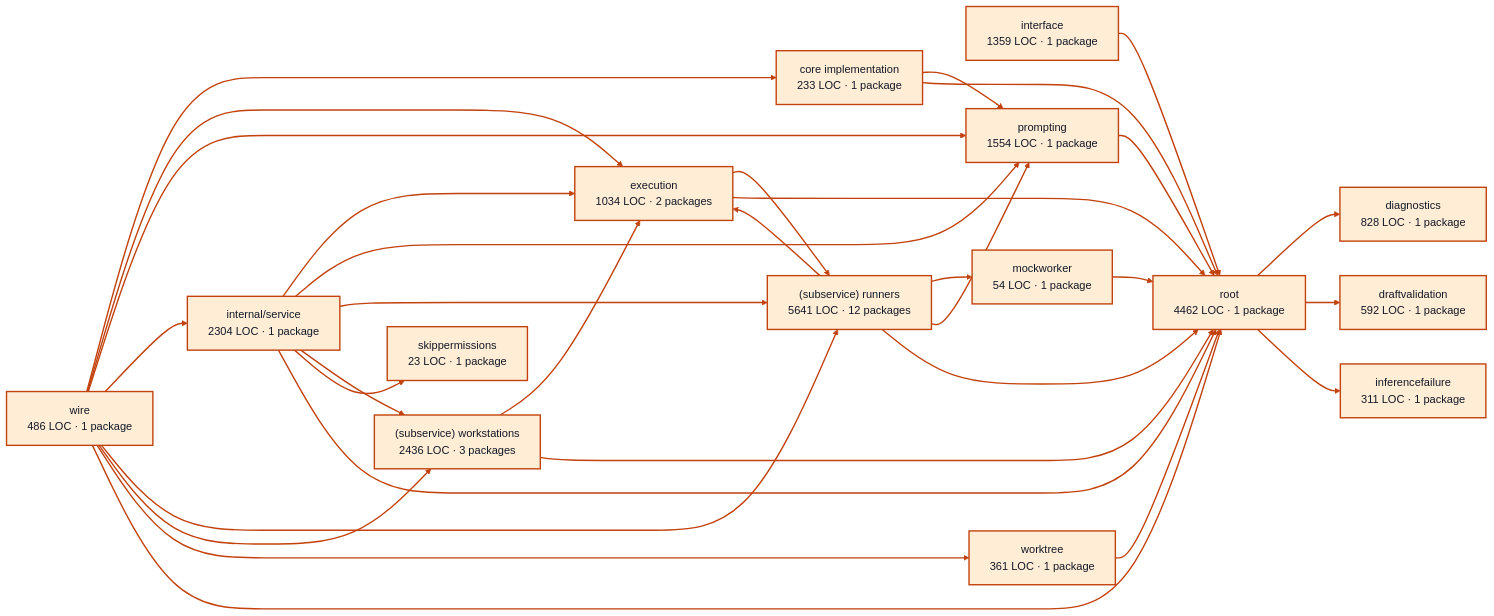
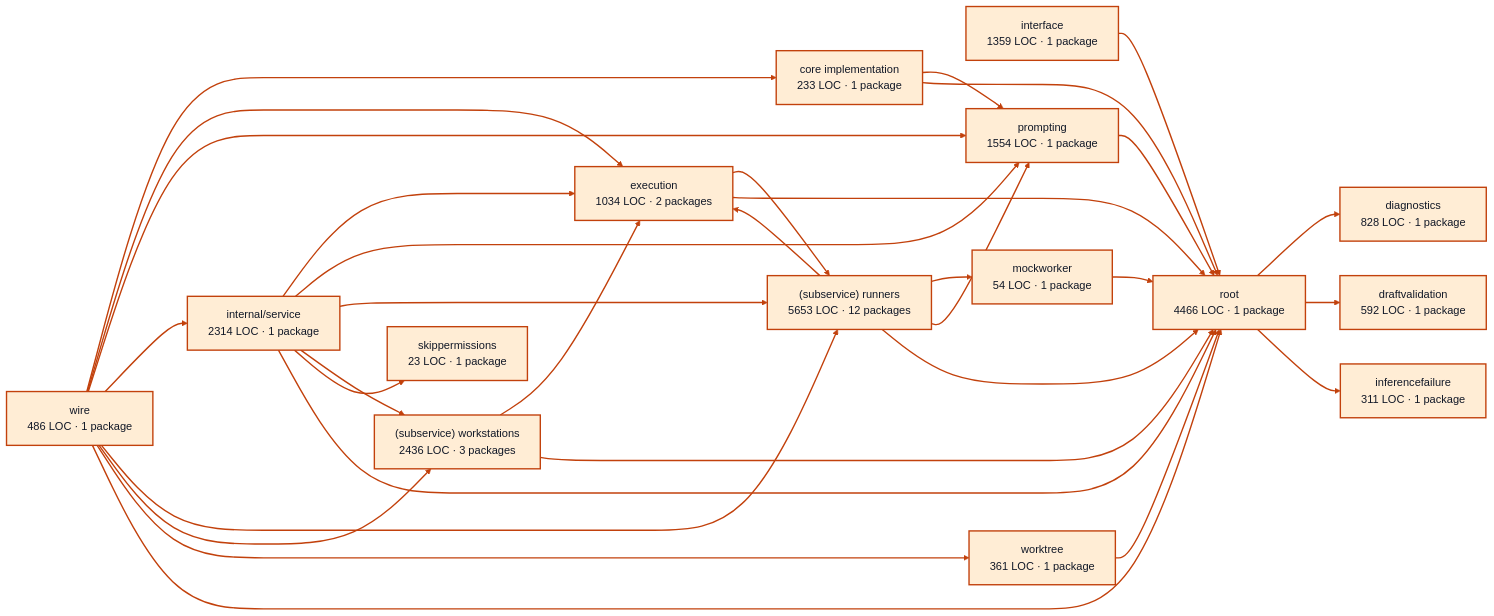
One commit to portpowered/you-agent-factory changed the diagram in docs/architecture/visualizations/services/workers.md. Above: the diagram before and after it, drawn with Mermaid (neutral theme). The commit also changed other lines of this file and 20 other files, not shown here.

Commit message:
docs: refresh backend architecture visualizations

````diff
--- a/docs/architecture/visualizations/services/workers.md
+++ b/docs/architecture/visualizations/services/workers.md
@@ -11,65 +11,65 @@
 ```mermaid
 flowchart LR
   p0["core implementation<br/>233 LOC · 1 package"]
   p1["diagnostics<br/>828 LOC · 1 package"]
   p2["draftvalidation<br/>592 LOC · 1 package"]
   p3["execution<br/>1034 LOC · 2 packages"]
   p4["inferencefailure<br/>311 LOC · 1 package"]
   p5["interface<br/>1359 LOC · 1 package"]
   p6["mockworker<br/>54 LOC · 1 package"]
   p7["prompting<br/>1554 LOC · 1 package"]
-  p8["internal/service<br/>2304 LOC · 1 package"]
-  p9["(subservice) runners<br/>5641 LOC · 12 packages"]
+  p8["internal/service<br/>2314 LOC · 1 package"]
+  p9["(subservice) runners<br/>5653 LOC · 12 packages"]
   p10["(subservice) workstations<br/>2436 LOC · 3 packages"]
   p11["skippermissions<br/>23 LOC · 1 package"]
   p12["worktree<br/>361 LOC · 1 package"]
-  p13["root<br/>4462 LOC · 1 package"]
+  p13["root<br/>4466 LOC · 1 package"]
   p14["wire<br/>486 LOC · 1 package"]
   p0 --> p7
   p0 --> p13
   p3 --> p9
   p3 --> p13
   p5 --> p13
   p6 --> p13
   p7 --> p13
   p8 --> p3
   p8 --> p7
   p8 --> p9
   p8 --> p10
   p8 --> p11
   p8 --> p13
   p9 --> p3
   p9 --> p6
   p9 --> p7
   p9 --> p13
   p10 --> p3
   p10 --> p13
   p12 --> p13
   p13 --> p1
   p13 --> p2
   p13 --> p4
   p14 --> p0
   p14 --> p3
   p14 --> p7
   p14 --> p8
   p14 --> p9
   p14 --> p10
   p14 --> p12
   p14 --> p13
   style p0 fill:#ffedd5,stroke:#c2410c,stroke-width:2px,color:#111827
   style p1 fill:#ffedd5,stroke:#c2410c,stroke-width:2px,color:#111827
   style p2 fill:#ffedd5,stroke:#c2410c,stroke-width:2px,color:#111827
   style p3 fill:#ffedd5,stroke:#c2410c,stroke-width:2px,color:#111827
   style p4 fill:#ffedd5,stroke:#c2410c,stroke-width:2px,color:#111827
   style p5 fill:#ffedd5,stroke:#c2410c,stroke-width:2px,color:#111827
   style p6 fill:#ffedd5,stroke:#c2410c,stroke-width:2px,color:#111827
   style p7 fill:#ffedd5,stroke:#c2410c,stroke-width:2px,color:#111827
   style p8 fill:#ffedd5,stroke:#c2410c,stroke-width:2px,color:#111827
   style p9 fill:#ffedd5,stroke:#c2410c,stroke-width:2px,color:#111827
   style p10 fill:#ffedd5,stroke:#c2410c,stroke-width:2px,color:#111827
   style p11 fill:#ffedd5,stroke:#c2410c,stroke-width:2px,color:#111827
   style p12 fill:#ffedd5,stroke:#c2410c,stroke-width:2px,color:#111827
   style p13 fill:#ffedd5,stroke:#c2410c,stroke-width:2px,color:#111827
   style p14 fill:#ffedd5,stroke:#c2410c,stroke-width:2px,color:#111827
   linkStyle default stroke:#c2410c,stroke-width:2px
 ```
````
